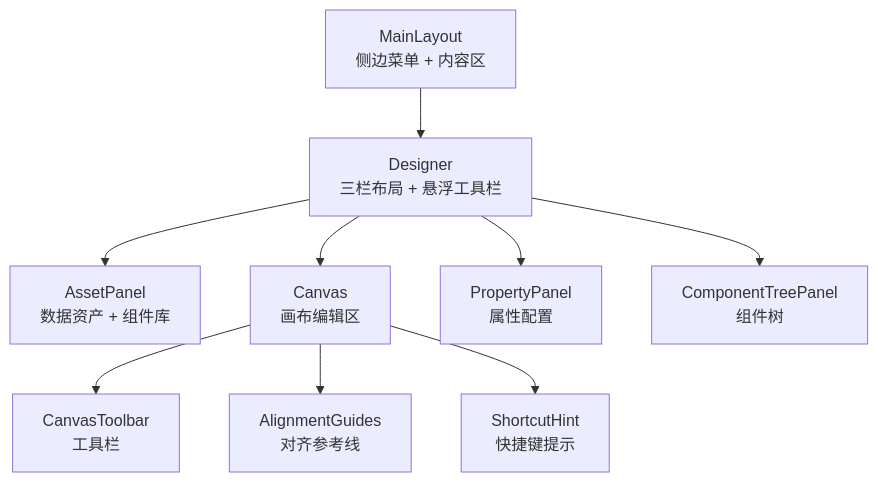
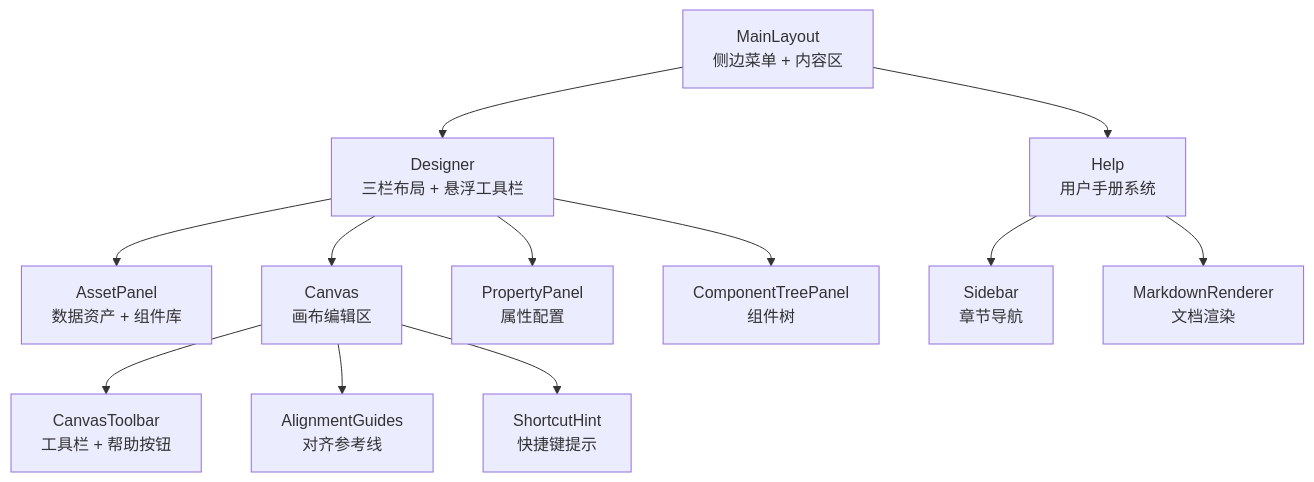
The first of 7 diagrams in .qoder/repowiki/zh/content/设计器使用指南/界面布局与导航.md (joker-yjc/printer), drawn with Mermaid before and after one commit. The commit also changed other lines of this file and 97 other files, not shown here.

````diff
--- a/.qoder/repowiki/zh/content/设计器使用指南/界面布局与导航.md
+++ b/.qoder/repowiki/zh/content/设计器使用指南/界面布局与导航.md
@@ -45,11 +58,14 @@
 ```mermaid
 graph TB
 ML["MainLayout<br/>侧边菜单 + 内容区"] --> D["Designer<br/>三栏布局 + 悬浮工具栏"]
+ML --> H["Help<br/>用户手册系统"]
 D --> AP["AssetPanel<br/>数据资产 + 组件库"]
 D --> CAN["Canvas<br/>画布编辑区"]
 D --> PP["PropertyPanel<br/>属性配置"]
 D --> CT["ComponentTreePanel<br/>组件树"]
-CAN --> CTB["CanvasToolbar<br/>工具栏"]
+CAN --> CTB["CanvasToolbar<br/>工具栏 + 帮助按钮"]
 CAN --> AG["AlignmentGuides<br/>对齐参考线"]
 CAN --> SH["ShortcutHint<br/>快捷键提示"]
+H --> SB["Sidebar<br/>章节导航"]
+H --> MR["MarkdownRenderer<br/>文档渲染"]
 ```
````
